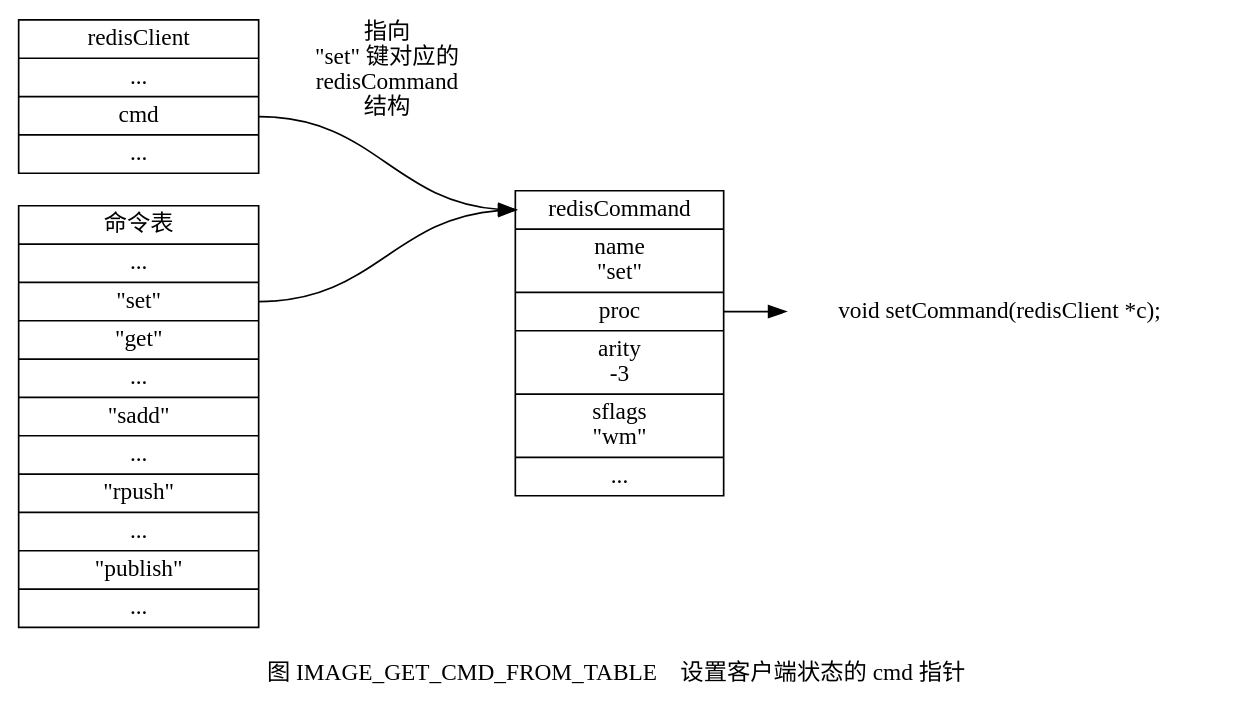
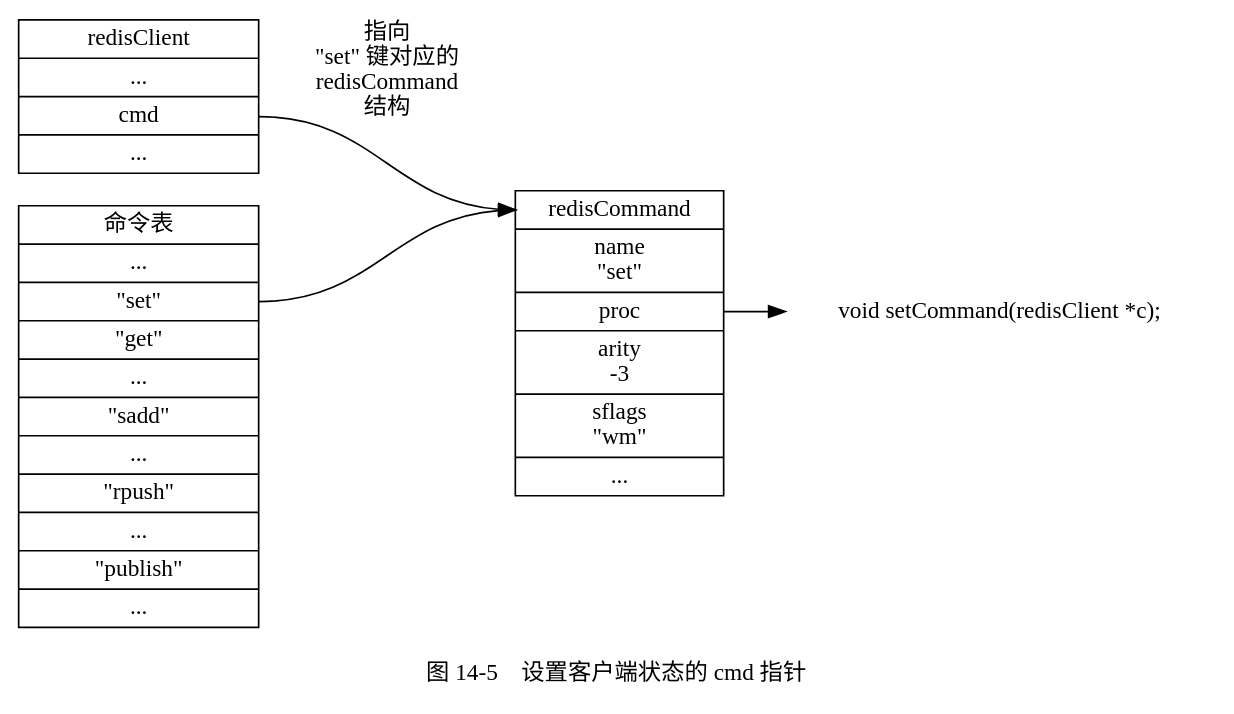
The fifth of 8 diagrams in preview/server/execute_command.rst (huangzworks/redisbook1e), drawn with Graphviz before and after one commit. The commit also changed other lines of this file and 2 other files, not shown here.

```diff
--- a/preview/server/execute_command.rst
+++ b/preview/server/execute_command.rst
@@ -348,28 +348,28 @@
 .. graphviz::
 
     digraph {
 
-        label = "\n 图 IMAGE_GET_CMD_FROM_TABLE    设置客户端状态的 cmd 指针";
+        label = "\n 图 14-5    设置客户端状态的 cmd 指针";
 
         rankdir = LR;
 
         node [shape = record];
 
         redisClient [label = " redisClient | ... | <cmd> cmd | ... ", width = 2];
 
         commands [label = " 命令表 | ... | <set> \"set\" | <get> \"get\" | ... | <sadd> \"sadd\" | ... | <rpush> \"rpush\" | ... | <publish> \"publish\" | ... ", width = 2.0];
 
         set [label = " <head> redisCommand | name \n \"set\" | <proc> proc | arity \n -3 | sflags \n \"wm\" | ... "];
 
         node [shape = plaintext];
 
         setCommand [label = "void setCommand(redisClient *c);"];
         //* fix editor highlight
 
         //
 
         redisClient:cmd -> set:head [label = "指向 \n \"set\" 键对应的 \n redisCommand \n 结构"];
 
         commands:set -> set:head; set:proc -> setCommand;
 
     }
```
